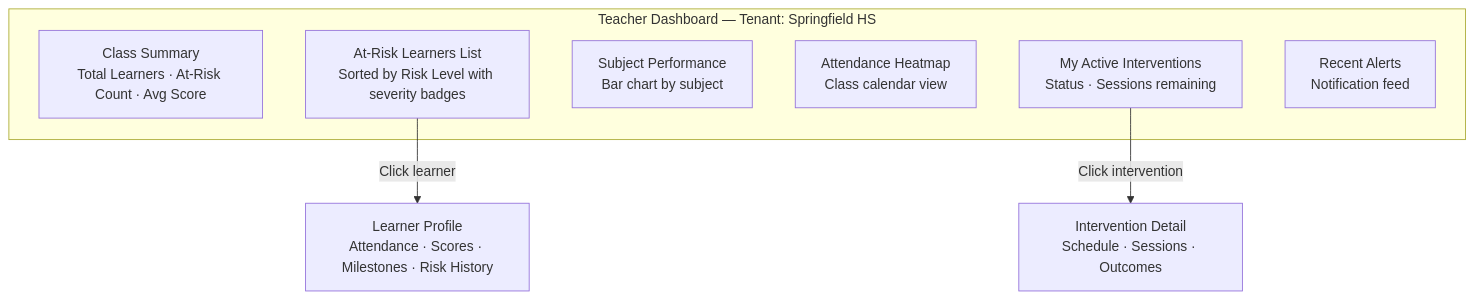
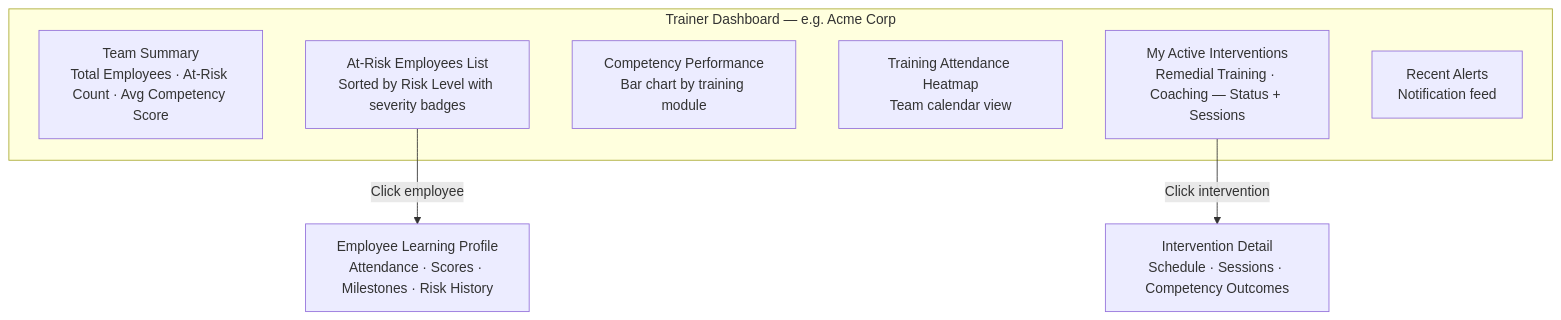
Before and after one commit to taarak18/propeller: the eighth of 12 diagrams in L-D/.sasva/overview/04-user-journeys.md, drawn with Mermaid. The commit also changed other lines of this file and 6 other files, not shown here.

````diff
--- a/L-D/.sasva/overview/04-user-journeys.md
+++ b/L-D/.sasva/overview/04-user-journeys.md
@@ -175,13 +204,13 @@
 ```mermaid
 graph TD
-    subgraph TD["Teacher Dashboard — Tenant: Springfield HS"]
-        W1[Class Summary\nTotal Learners · At-Risk Count · Avg Score]
-        W2[At-Risk Learners List\nSorted by Risk Level with severity badges]
-        W3[Subject Performance\nBar chart by subject]
-        W4[Attendance Heatmap\nClass calendar view]
-        W5[My Active Interventions\nStatus · Sessions remaining]
+    subgraph TD["Trainer Dashboard — e.g. Acme Corp"]
+        W1[Team Summary\nTotal Employees · At-Risk Count · Avg Competency Score]
+        W2[At-Risk Employees List\nSorted by Risk Level with severity badges]
+        W3[Competency Performance\nBar chart by training module]
+        W4[Training Attendance Heatmap\nTeam calendar view]
+        W5[My Active Interventions\nRemedial Training · Coaching — Status + Sessions]
         W6[Recent Alerts\nNotification feed]
     end
-    W2 -->|Click learner| P[Learner Profile\nAttendance · Scores · Milestones · Risk History]
-    W5 -->|Click intervention| I[Intervention Detail\nSchedule · Sessions · Outcomes]
+    W2 -->|Click employee| P[Employee Learning Profile\nAttendance · Scores · Milestones · Risk History]
+    W5 -->|Click intervention| I[Intervention Detail\nSchedule · Sessions · Competency Outcomes]
 ```
````
